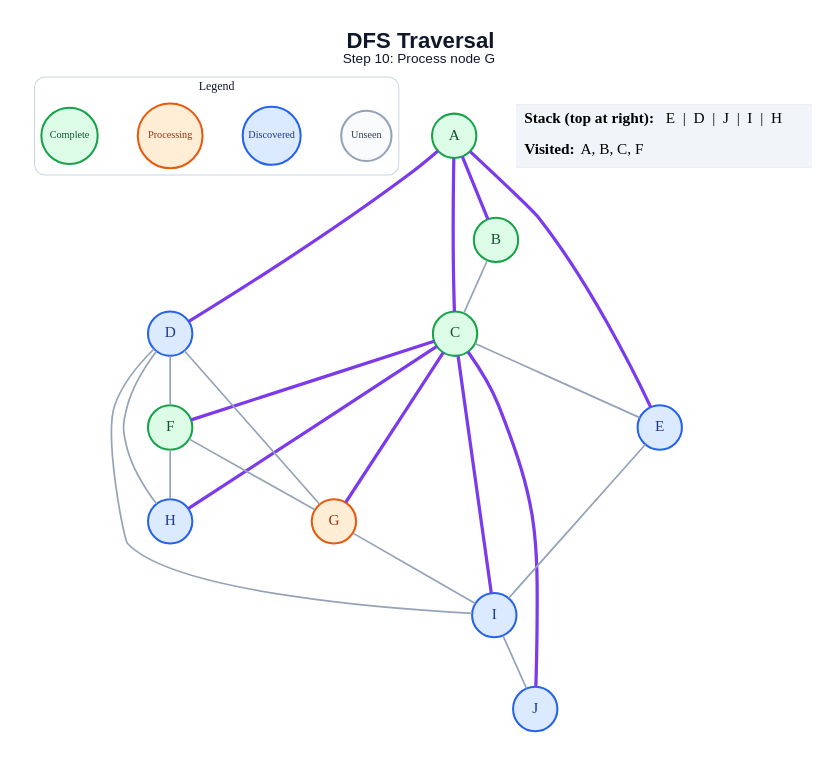
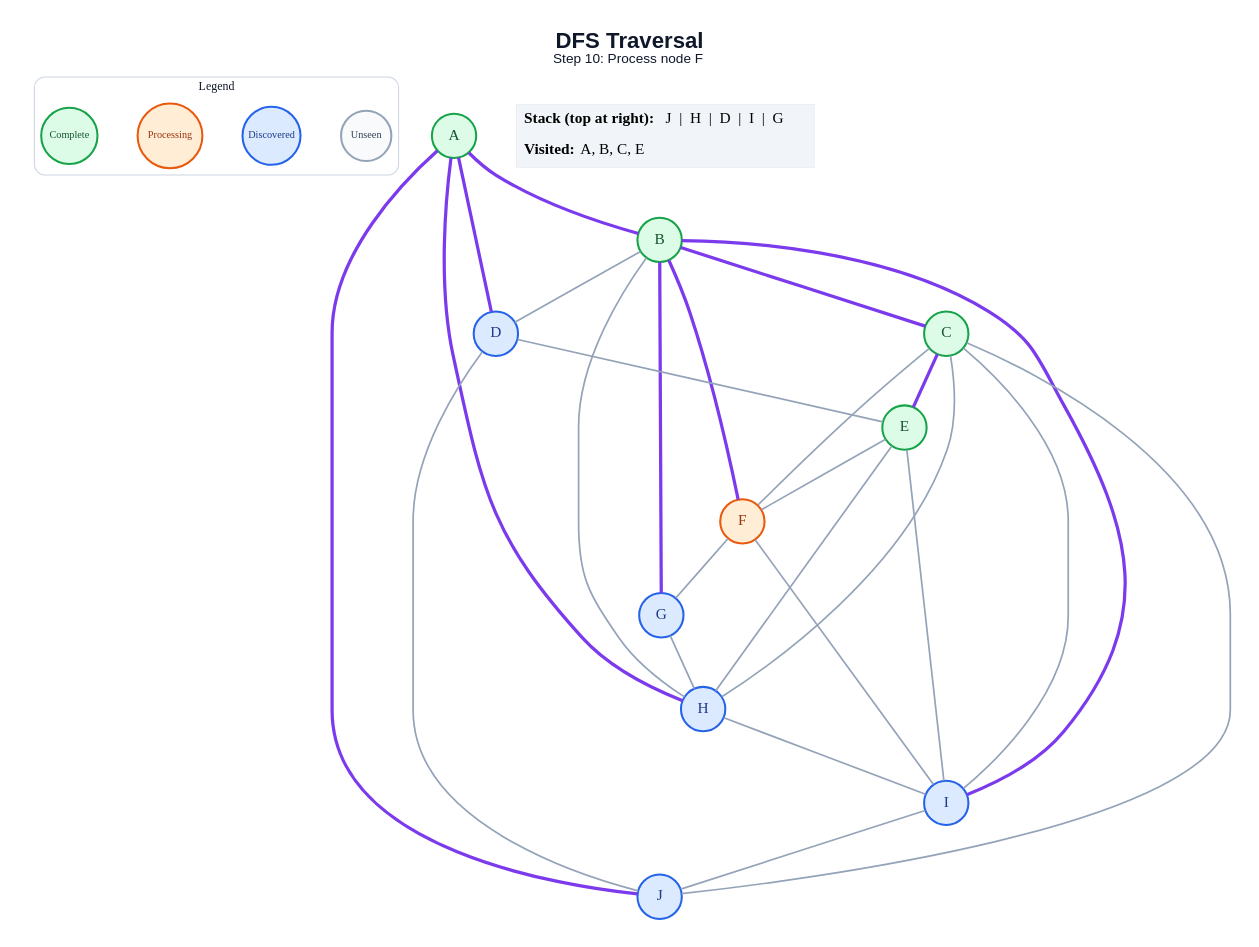
One commit to amanghodawala9/ai-slop changed the diagram in generated/dfs/step_10.dot. Above: the diagram before and after it, drawn with Graphviz. The commit also changed 178 other files, not shown here.

```diff
--- a/generated/dfs/step_10.dot
+++ b/generated/dfs/step_10.dot
@@ -1,49 +1,54 @@
 graph traversal {
   graph [layout=dot, rankdir=TB, bgcolor="#FFFFFF", pad="0.35", nodesep="0.65", ranksep="0.8", fontname="Arial"];
   node [shape=circle, style="filled", fontname="Arial Bold", fontsize=18, width=0.72, fixedsize=true, penwidth=2.4];
   edge [color="#94A3B8", penwidth=2.0];
-  label=<<B>DFS Traversal</B><BR/><FONT POINT-SIZE="16">Step 10: Process node G</FONT>>; labelloc="t"; fontsize=26; fontname="Arial"; fontcolor="#0F172A";
+  label=<<B>DFS Traversal</B><BR/><FONT POINT-SIZE="16">Step 10: Process node F</FONT>>; labelloc="t"; fontsize=26; fontname="Arial"; fontcolor="#0F172A";
   subgraph cluster_legend { label="Legend"; color="#CBD5E1"; penwidth=1.2; style="rounded"; fontsize=14; fontname="Arial Bold";
     key_unseen [label="Unseen", fillcolor="#F8FAFC", color="#94A3B8", fontcolor="#334155", fontsize=12, width=0.82];
     key_frontier [label="Discovered", fillcolor="#DBEAFE", color="#2563EB", fontcolor="#1E3A8A", fontsize=12, width=0.95];
     key_current [label="Processing", fillcolor="#FFEDD5", color="#EA580C", fontcolor="#9A3412", fontsize=12, width=1.05];
     key_done [label="Complete", fillcolor="#DCFCE7", color="#16A34A", fontcolor="#14532D", fontsize=12, width=0.92];
     { rank=same; key_unseen; key_frontier; key_current; key_done; }
   }
   A [fillcolor="#DCFCE7", color="#16A34A", fontcolor="#14532D"];
   B [fillcolor="#DCFCE7", color="#16A34A", fontcolor="#14532D"];
   C [fillcolor="#DCFCE7", color="#16A34A", fontcolor="#14532D"];
   D [fillcolor="#DBEAFE", color="#2563EB", fontcolor="#1E3A8A"];
-  E [fillcolor="#DBEAFE", color="#2563EB", fontcolor="#1E3A8A"];
-  F [fillcolor="#DCFCE7", color="#16A34A", fontcolor="#14532D"];
-  G [fillcolor="#FFEDD5", color="#EA580C", fontcolor="#9A3412"];
+  E [fillcolor="#DCFCE7", color="#16A34A", fontcolor="#14532D"];
+  F [fillcolor="#FFEDD5", color="#EA580C", fontcolor="#9A3412"];
+  G [fillcolor="#DBEAFE", color="#2563EB", fontcolor="#1E3A8A"];
   H [fillcolor="#DBEAFE", color="#2563EB", fontcolor="#1E3A8A"];
   I [fillcolor="#DBEAFE", color="#2563EB", fontcolor="#1E3A8A"];
   J [fillcolor="#DBEAFE", color="#2563EB", fontcolor="#1E3A8A"];
   A -- B [color="#7C3AED", penwidth=3.8];
-  A -- C [color="#7C3AED", penwidth=3.8];
   A -- D [color="#7C3AED", penwidth=3.8];
-  A -- E [color="#7C3AED", penwidth=3.8];
-  B -- C;
-  C -- E;
-  C -- F [color="#7C3AED", penwidth=3.8];
-  C -- G [color="#7C3AED", penwidth=3.8];
-  C -- H [color="#7C3AED", penwidth=3.8];
-  C -- I [color="#7C3AED", penwidth=3.8];
-  C -- J [color="#7C3AED", penwidth=3.8];
-  D -- F;
-  D -- G;
-  D -- H;
-  D -- I;
+  A -- H [color="#7C3AED", penwidth=3.8];
+  A -- J [color="#7C3AED", penwidth=3.8];
+  B -- C [color="#7C3AED", penwidth=3.8];
+  B -- D;
+  B -- F [color="#7C3AED", penwidth=3.8];
+  B -- G [color="#7C3AED", penwidth=3.8];
+  B -- H;
+  B -- I [color="#7C3AED", penwidth=3.8];
+  C -- E [color="#7C3AED", penwidth=3.8];
+  C -- F;
+  C -- H;
+  C -- I;
+  C -- J;
+  D -- E;
+  D -- J;
+  E -- F;
+  E -- H;
   E -- I;
   F -- G;
-  F -- H;
-  G -- I;
+  F -- I;
+  G -- H;
+  H -- I;
   I -- J;
   status [shape=plain, fixedsize=false, width=0, height=0, margin=0, label=<
     <TABLE BORDER="0" CELLBORDER="0" CELLPADDING="7" BGCOLOR="#F1F5F9">
-      <TR><TD ALIGN="LEFT"><B>Stack (top at right):</B> E  |  D  |  J  |  I  |  H</TD></TR>
-      <TR><TD ALIGN="LEFT"><B>Visited:</B> A, B, C, F</TD></TR>
+      <TR><TD ALIGN="LEFT"><B>Stack (top at right):</B> J  |  H  |  D  |  I  |  G</TD></TR>
+      <TR><TD ALIGN="LEFT"><B>Visited:</B> A, B, C, E</TD></TR>
     </TABLE>
   >];
 }
```
